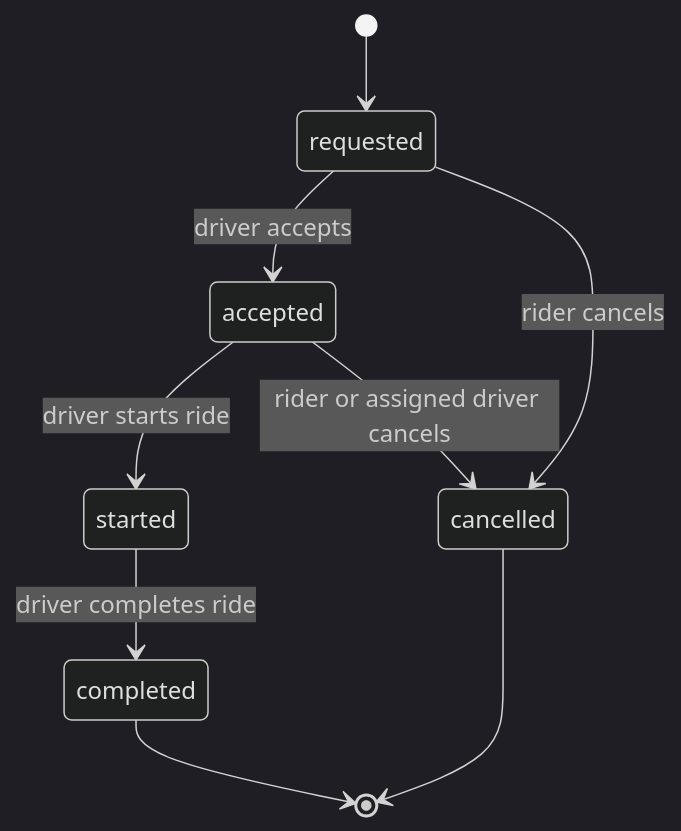
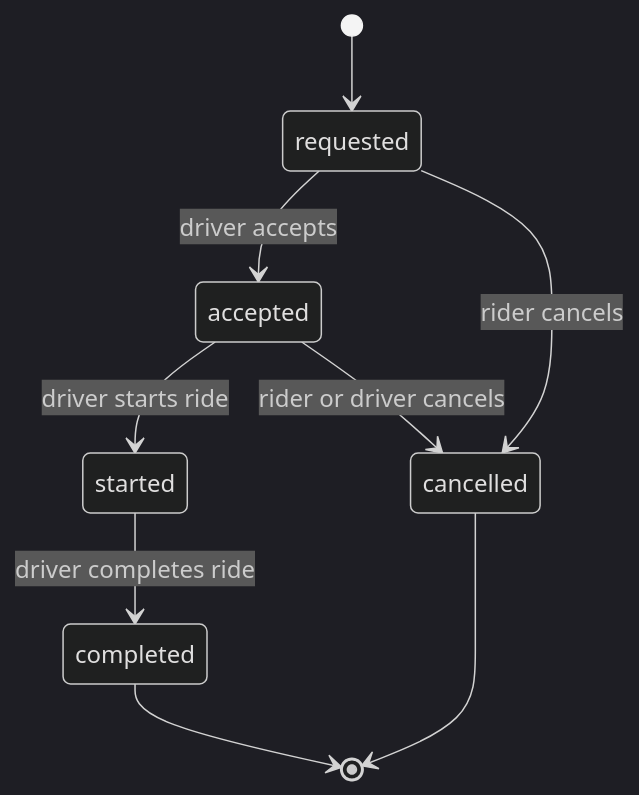
The fourth of 4 diagrams in README.md (Preksha-Patel1/RideSync), drawn with Mermaid (dark theme) before and after one commit. The commit also changed other lines of this file, not shown here.

````diff
--- a/README.md
+++ b/README.md
@@ -186,11 +94,11 @@
 ```mermaid
 stateDiagram-v2
     [*] --> requested
     requested --> accepted: driver accepts
     requested --> cancelled: rider cancels
     accepted --> started: driver starts ride
-    accepted --> cancelled: rider or assigned driver cancels
+    accepted --> cancelled: rider or driver cancels
     started --> completed: driver completes ride
     completed --> [*]
     cancelled --> [*]
 ```
````
